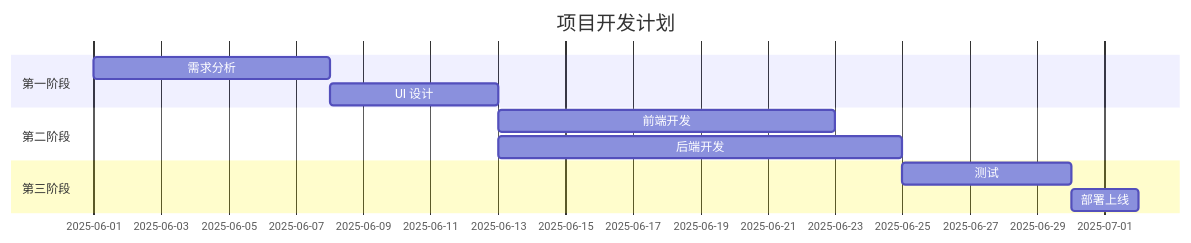
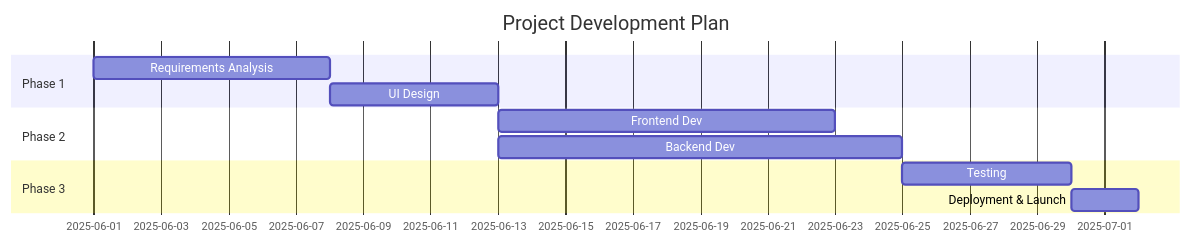
Before and after one commit to shakingshards-crypto/shakingshards-crypto.github.io: the fourth of 7 diagrams in src/content/blog/mermaid-demo/index.md, drawn with Mermaid. The commit also changed other lines of this file and 38 other files, not shown here.

````diff
--- a/src/content/blog/mermaid-demo/index.md
+++ b/src/content/blog/mermaid-demo/index.md
@@ -73,14 +73,14 @@
 ```mermaid
 gantt
-    title 项目开发计划
+    title Project Development Plan
     dateFormat  YYYY-MM-DD
-    section 第一阶段
-    需求分析           :a1, 2025-06-01, 7d
-    UI 设计            :a2, after a1, 5d
-    section 第二阶段
-    前端开发           :b1, after a2, 10d
-    后端开发           :b2, after a2, 12d
-    section 第三阶段
-    测试               :c1, after b2, 5d
-    部署上线           :c2, after c1, 2d
+    section Phase 1
+    Requirements Analysis           :a1, 2025-06-01, 7d
+    UI Design            :a2, after a1, 5d
+    section Phase 2
+    Frontend Dev           :b1, after a2, 10d
+    Backend Dev           :b2, after a2, 12d
+    section Phase 3
+    Testing               :c1, after b2, 5d
+    Deployment & Launch           :c2, after c1, 2d
 ```
````
